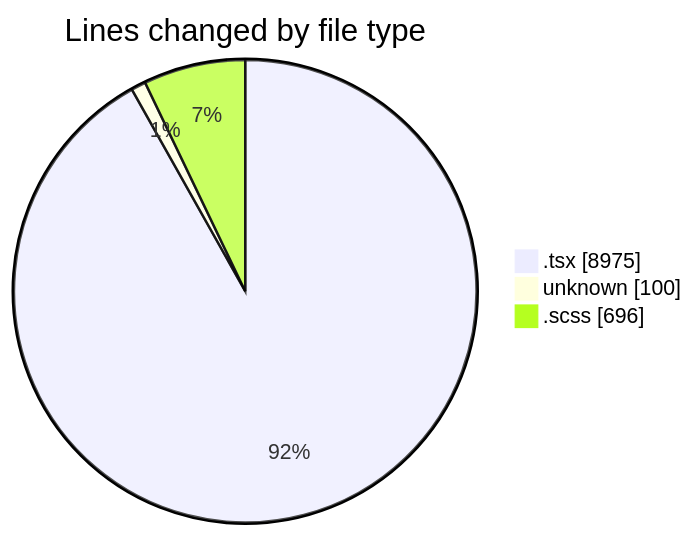
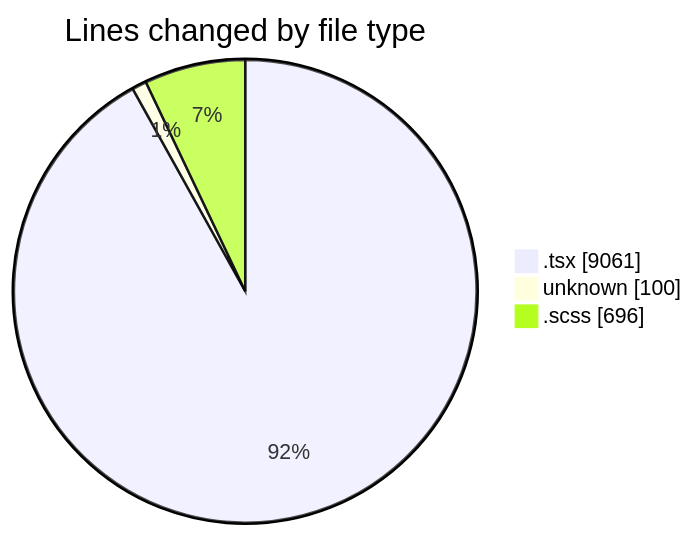
Before and after one commit to momahboobian/code-tracking: the first of 2 diagrams in 2025-12-05/cda/README.md, drawn with Mermaid. The commit also changed other lines of this file and 1 other file, not shown here.

````diff
--- a/2025-12-05/cda/README.md
+++ b/2025-12-05/cda/README.md
@@ -36,7 +37,7 @@
 ```mermaid
 pie showData
 title Lines changed by file type
-".tsx" : 8975
+".tsx" : 9061
 "unknown" : 100
 ".scss" : 696
 ```
````
